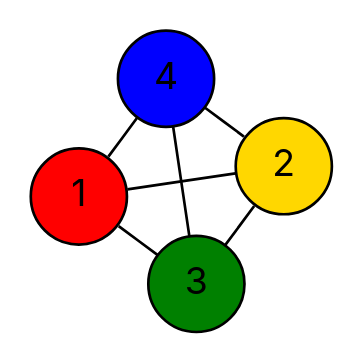
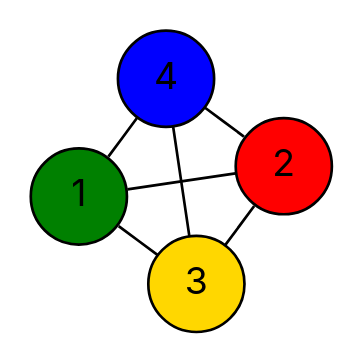
One commit to vercah/vertex-coloring changed the diagram in data/final-dots/easy-04-parallel.dot. Above: the diagram before and after it, drawn with Graphviz. The commit also changed 109 other files, not shown here.

```diff
--- a/data/final-dots/easy-04-parallel.dot
+++ b/data/final-dots/easy-04-parallel.dot
@@ -1,16 +1,16 @@
 graph G {
   layout=neato;
   overlap=false;
   splines=true;
   node [shape=circle, style=filled, fontname=Inter];
-  1 [label="1", fillcolor="red", tooltip="v1 color 0"];
-  2 [label="2", fillcolor="gold", tooltip="v2 color 3"];
-  3 [label="3", fillcolor="green", tooltip="v3 color 1"];
+  1 [label="1", fillcolor="green", tooltip="v1 color 1"];
+  2 [label="2", fillcolor="red", tooltip="v2 color 0"];
+  3 [label="3", fillcolor="gold", tooltip="v3 color 3"];
   4 [label="4", fillcolor="blue", tooltip="v4 color 2"];
   1 -- 2;
   1 -- 3;
   1 -- 4;
   2 -- 3;
   2 -- 4;
   3 -- 4;
 }
```
